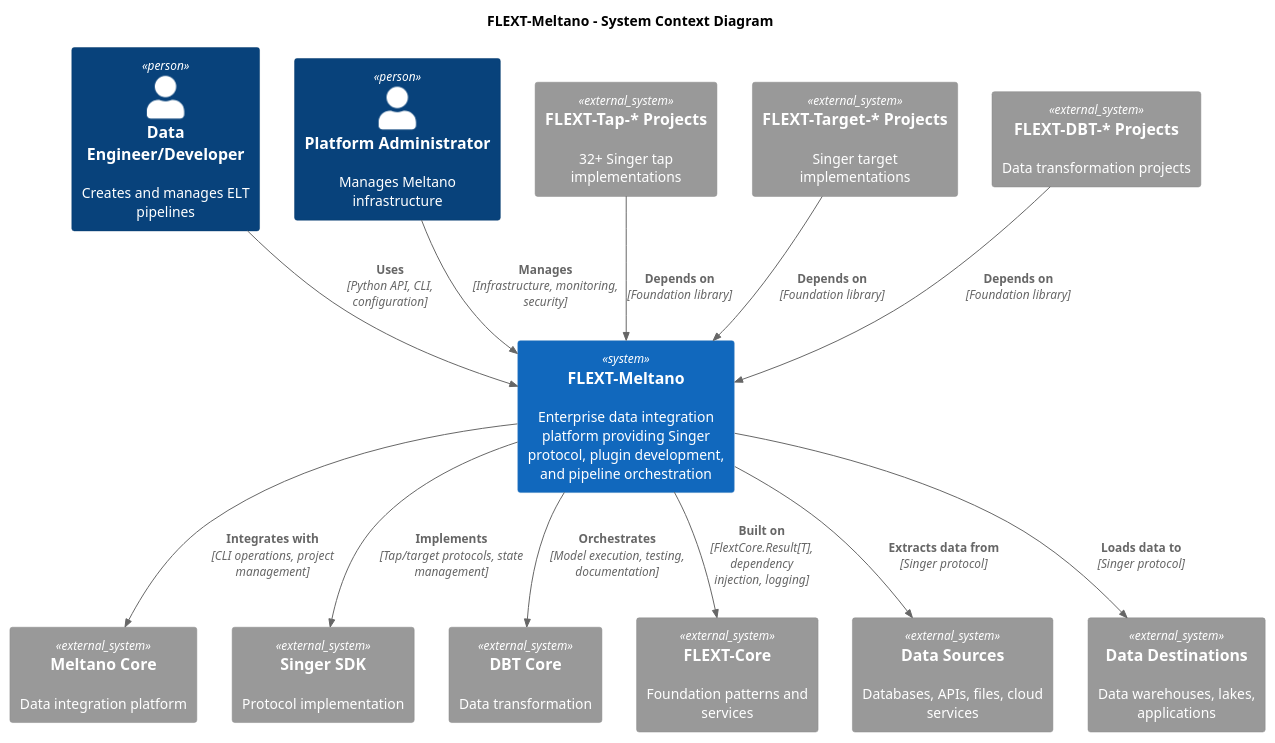
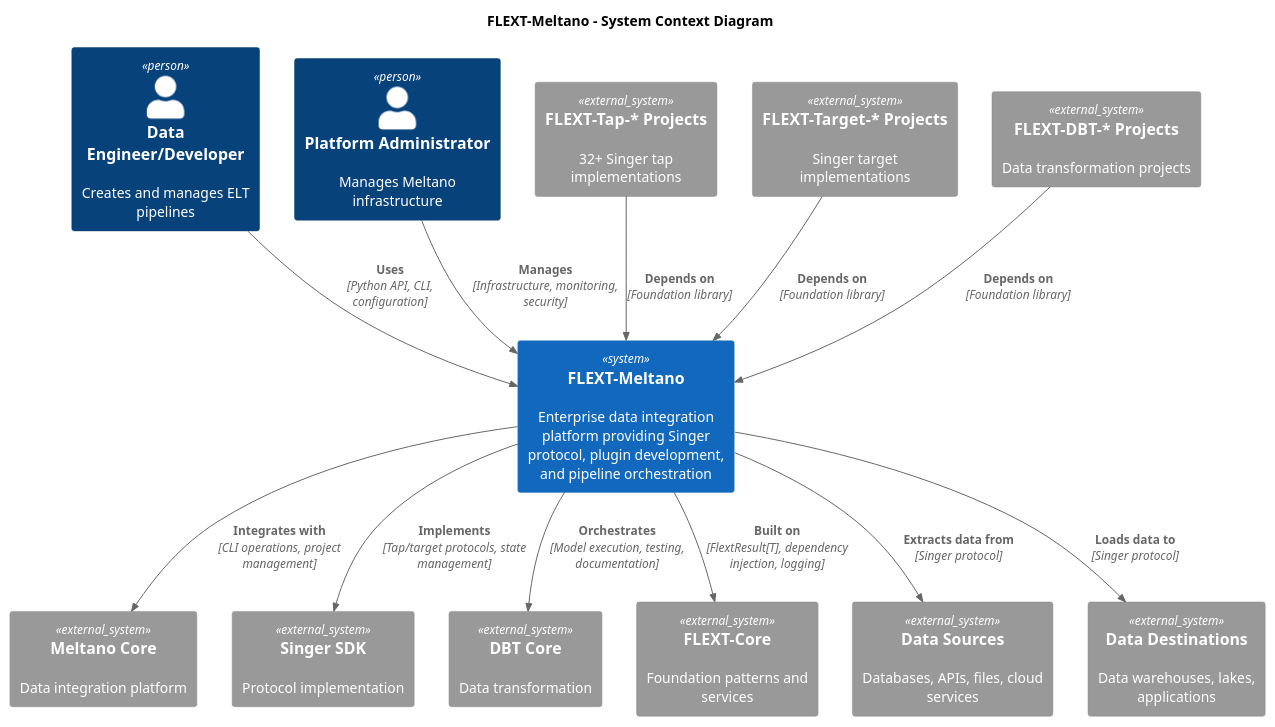
The first of 6 diagrams in docs/architecture/diagrams.puml (flext-sh/flext-meltano), drawn with PlantUML before and after one commit. The commit also changed other lines of this file and 91 other files, not shown here.

```diff
--- a/docs/architecture/diagrams.puml
+++ b/docs/architecture/diagrams.puml
@@ -1,37 +1,37 @@
 @startuml FLEXT-Meltano System Context
 !include https://raw.githubusercontent.com/plantuml-stdlib/C4-PlantUML/master/C4_Context.puml
 
 title FLEXT-Meltano - System Context Diagram
 
 Person(user, "Data Engineer/Developer", "Creates and manages ELT pipelines")
 Person(REDACTED_LDAP_BIND_PASSWORD, "Platform Administrator", "Manages Meltano infrastructure")
 
 System(flext_meltano, "FLEXT-Meltano", "Enterprise data integration platform providing Singer protocol, plugin development, and pipeline orchestration")
 
 System_Ext(meltano_core, "Meltano Core", "Data integration platform")
 System_Ext(singer_sdk, "Singer SDK", "Protocol implementation")
 System_Ext(dbt_core, "DBT Core", "Data transformation")
 System_Ext(flext_core, "FLEXT-Core", "Foundation patterns and services")
 
 System_Ext(flext_tap_star, "FLEXT-Tap-* Projects", "32+ Singer tap implementations")
 System_Ext(flext_target_star, "FLEXT-Target-* Projects", "Singer target implementations")
 System_Ext(flext_dbt_star, "FLEXT-DBT-* Projects", "Data transformation projects")
 
 System_Ext(data_sources, "Data Sources", "Databases, APIs, files, cloud services")
 System_Ext(data_destinations, "Data Destinations", "Data warehouses, lakes, applications")
 
 Rel(user, flext_meltano, "Uses", "Python API, CLI, configuration")
 Rel(REDACTED_LDAP_BIND_PASSWORD, flext_meltano, "Manages", "Infrastructure, monitoring, security")
 
 Rel(flext_meltano, meltano_core, "Integrates with", "CLI operations, project management")
 Rel(flext_meltano, singer_sdk, "Implements", "Tap/target protocols, state management")
 Rel(flext_meltano, dbt_core, "Orchestrates", "Model execution, testing, documentation")
-Rel(flext_meltano, flext_core, "Built on", "FlextCore.Result[T], dependency injection, logging")
+Rel(flext_meltano, flext_core, "Built on", "FlextResult[T], dependency injection, logging")
 
 Rel(flext_tap_star, flext_meltano, "Depends on", "Foundation library")
 Rel(flext_target_star, flext_meltano, "Depends on", "Foundation library")
 Rel(flext_dbt_star, flext_meltano, "Depends on", "Foundation library")
 
 Rel(flext_meltano, data_sources, "Extracts data from", "Singer protocol")
 Rel(flext_meltano, data_destinations, "Loads data to", "Singer protocol")
 @enduml
```
